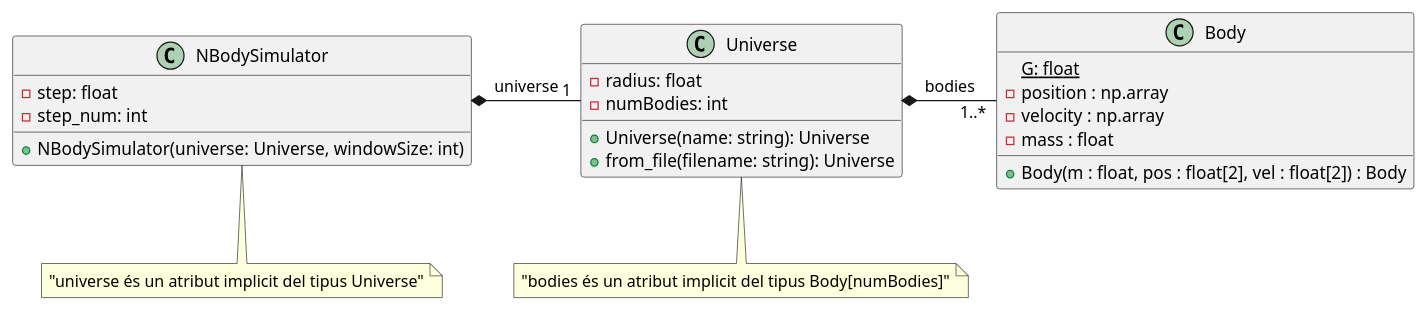
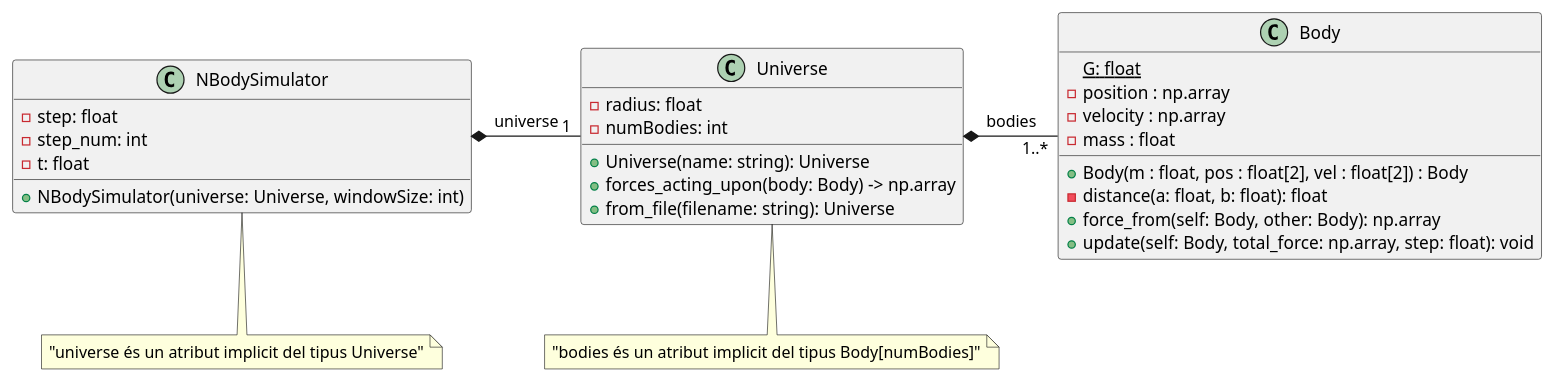
Before and after one commit to NIU1752648/POO: the diagram in Exercicis/Exercici 1/main.puml, drawn with PlantUML. The commit also changed 1 other file, not shown here.

Commit message:
Afegides responsabilitats de Universe i Body main.py main.puml

```diff
--- a/Exercicis/Exercici 1/main.puml
+++ b/Exercicis/Exercici 1/main.puml
@@ -1,30 +1,35 @@
 @startuml
 
 class NBodySimulator {
 -step: float
 -step_num: int
+-t: float
 +NBodySimulator(universe: Universe, windowSize: int)
 }
 
 class Universe {
 -radius: float
 -numBodies: int
 +Universe(name: string): Universe
++forces_acting_upon(body: Body) -> np.array
 +from_file(filename: string): Universe
 }
 
 class Body {
 {static} G: float
 -position : np.array
 -velocity : np.array
 -mass : float
 +Body(m : float, pos : float[2], vel : float[2]) : Body
+-distance(a: float, b: float): float
++force_from(self: Body, other: Body): np.array
++update(self: Body, total_force: np.array, step: float): void
 }
 
 note bottom of NBodySimulator: "universe és un atribut implicit del tipus Universe"
 note bottom of Universe: "bodies és un atribut implicit del tipus Body[numBodies]"
 
 Universe "   1" -left-* NBodySimulator: universe
 Body "1..*" -left-* Universe: bodies
 
 @enduml
```
